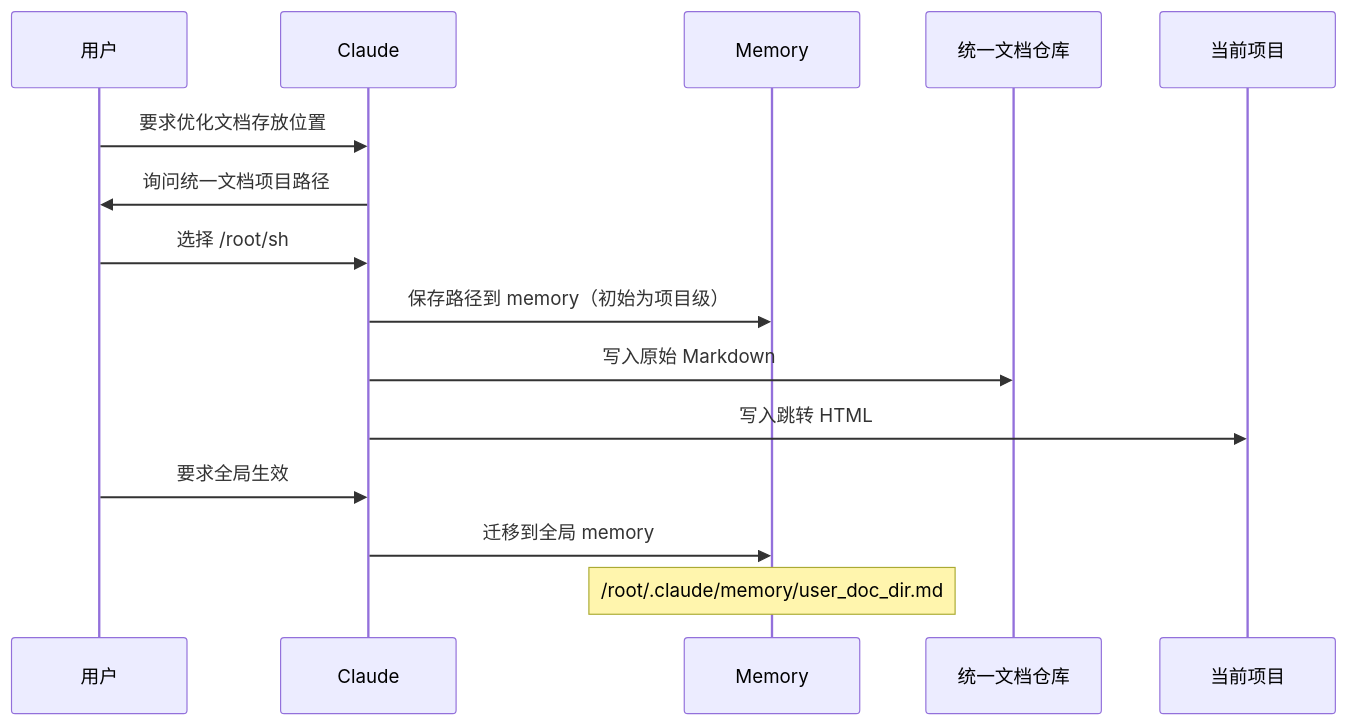
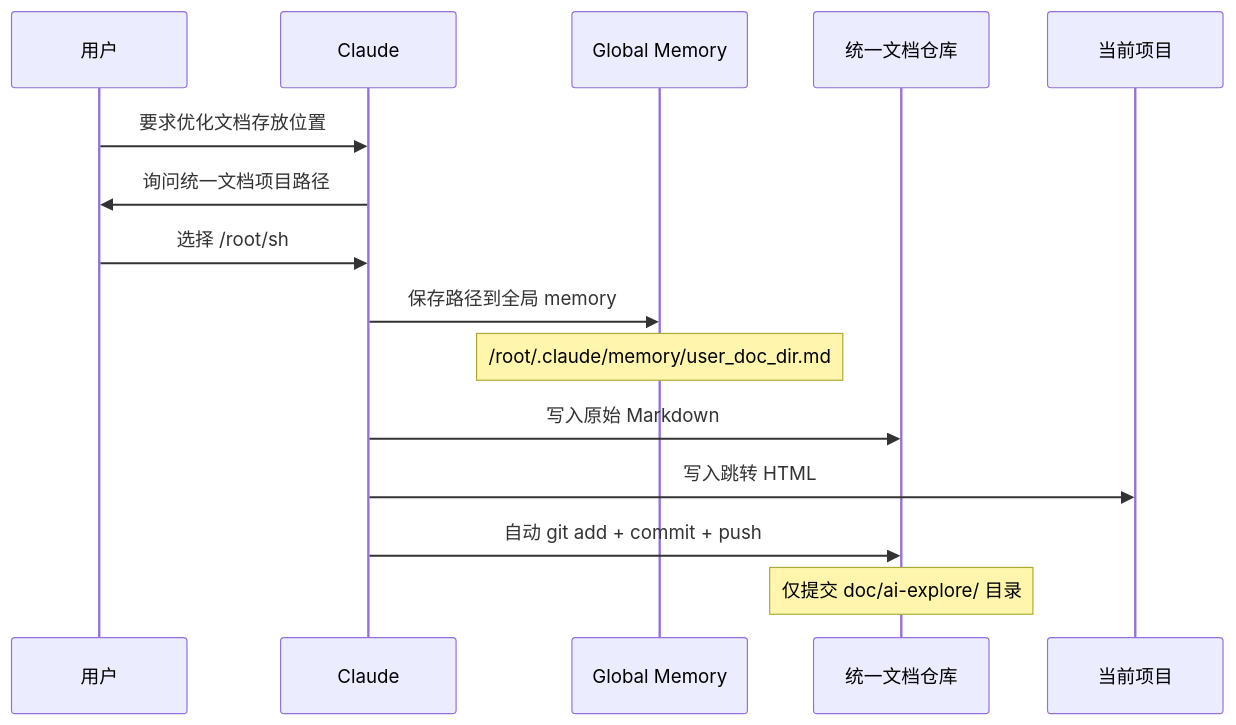
The sixth of 8 diagrams in doc/ai-explore/2026-04-11-my-explore-doc-record技能优化实践探索之旅.md (chujun/aiubuntu1-sh), drawn with Mermaid before and after one commit. The commit also changed other lines of this file and 2 other files, not shown here.

First line of the commit message:
docs: 合并 my-explore-doc-record 技能优化文档（v2/v3 归档）

````diff
--- a/doc/ai-explore/2026-04-11-my-explore-doc-record技能优化实践探索之旅.md
+++ b/doc/ai-explore/2026-04-11-my-explore-doc-record技能优化实践探索之旅.md
@@ -219,18 +241,18 @@
 ```mermaid
 sequenceDiagram
     participant U as 用户
     participant C as Claude
-    participant M as Memory
+    participant M as Global Memory
     participant G1 as 统一文档仓库
     participant G2 as 当前项目
 
     U->>C: 要求优化文档存放位置
     C->>U: 询问统一文档项目路径
     U->>C: 选择 /root/sh
-    C->>M: 保存路径到 memory（初始为项目级）
+    C->>M: 保存路径到全局 memory
+    Note over M: /root/.claude/memory/user_doc_dir.md
     C->>G1: 写入原始 Markdown
     C->>G2: 写入跳转 HTML
-    U->>C: 要求全局生效
-    C->>M: 迁移到全局 memory
-    Note over M: /root/.claude/memory/user_doc_dir.md
+    C->>G1: 自动 git add + commit + push
+    Note over G1: 仅提交 doc/ai-explore/ 目录
 ```
````
